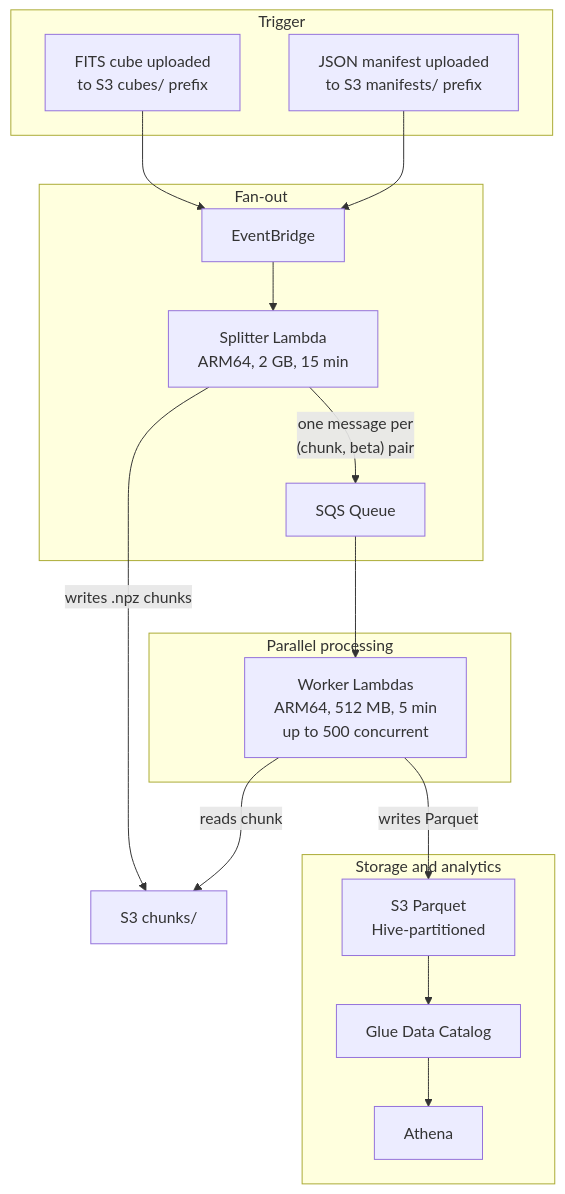
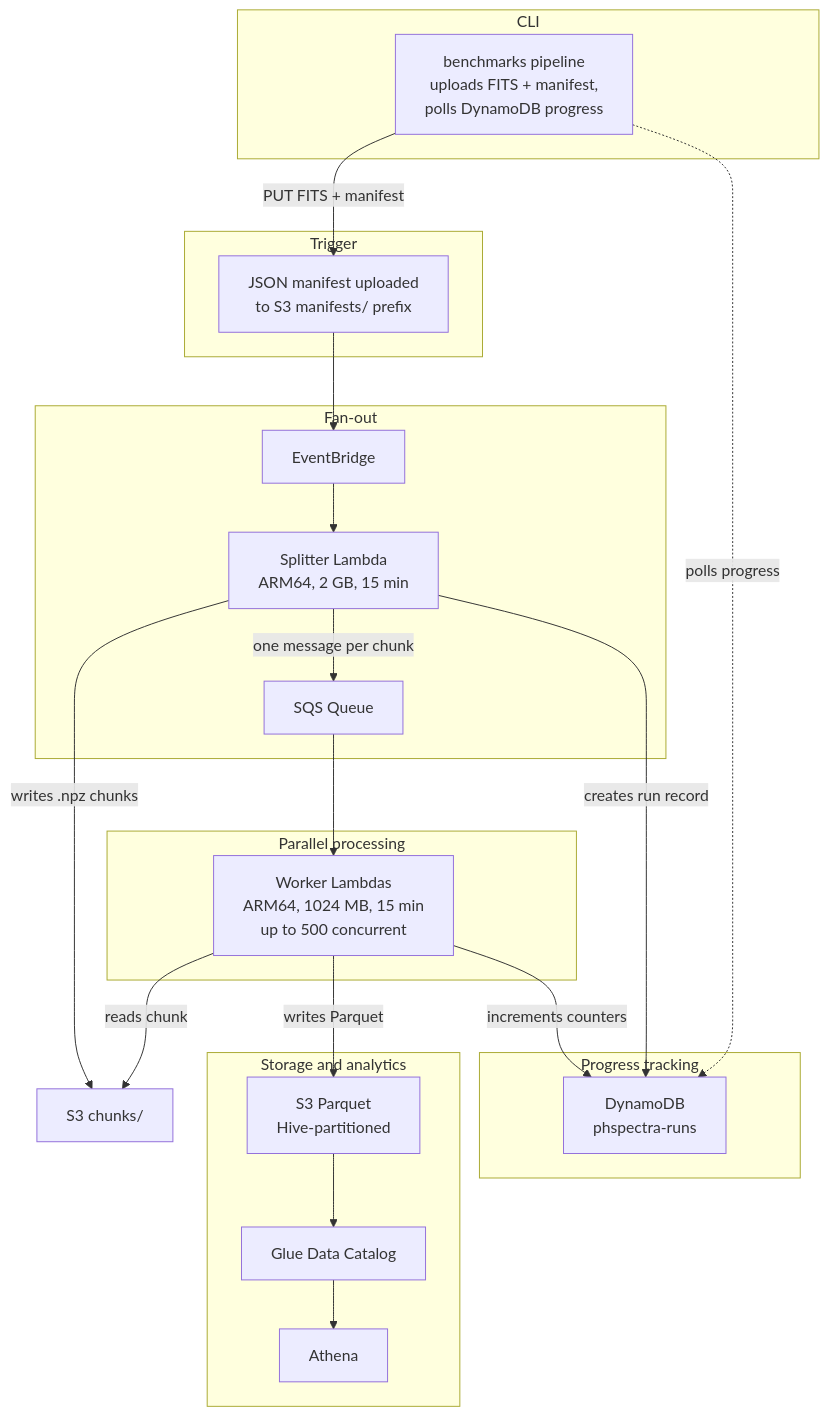
The first of 3 diagrams in packages/docs/docs/infrastructure/aws-pipeline.md (caverac/phspectra), drawn with Mermaid before and after one commit. The commit also changed other lines of this file and 32 other files, not shown here.

````diff
--- a/packages/docs/docs/infrastructure/aws-pipeline.md
+++ b/packages/docs/docs/infrastructure/aws-pipeline.md
@@ -13,34 +13,44 @@
 ```mermaid
 flowchart TB
+    subgraph cli["CLI"]
+        C["benchmarks pipeline<br/>uploads FITS + manifest,<br/>polls DynamoDB progress"]
+    end
+
     subgraph trigger["Trigger"]
-        F["FITS cube uploaded<br/>to S3 cubes/ prefix"]
         M["JSON manifest uploaded<br/>to S3 manifests/ prefix"]
     end
 
     subgraph split["Fan-out"]
         EB["EventBridge"]
         SP["Splitter Lambda<br/>ARM64, 2 GB, 15 min"]
         SQS["SQS Queue"]
     end
 
     subgraph work["Parallel processing"]
-        W["Worker Lambdas<br/>ARM64, 512 MB, 5 min<br/>up to 500 concurrent"]
+        W["Worker Lambdas<br/>ARM64, 1024 MB, 15 min<br/>up to 500 concurrent"]
     end
 
     subgraph store["Storage and analytics"]
         S3["S3 Parquet<br/>Hive-partitioned"]
         GL["Glue Data Catalog"]
         AT["Athena"]
     end
 
-    F --> EB
+    subgraph progress["Progress tracking"]
+        DDB["DynamoDB<br/>phspectra-runs"]
+    end
+
+    C -- "PUT FITS + manifest" --> M
     M --> EB
     EB --> SP
     SP -- "writes .npz chunks" --> S3C["S3 chunks/"]
-    SP -- "one message per<br/>(chunk, beta) pair" --> SQS
+    SP -- "one message per chunk" --> SQS
+    SP -- "creates run record" --> DDB
     SQS --> W
     W -- "reads chunk" --> S3C
     W -- "writes Parquet" --> S3
+    W -- "increments counters" --> DDB
+    C -. "polls progress" .-> DDB
     S3 --> GL
     GL --> AT
 ```
````
